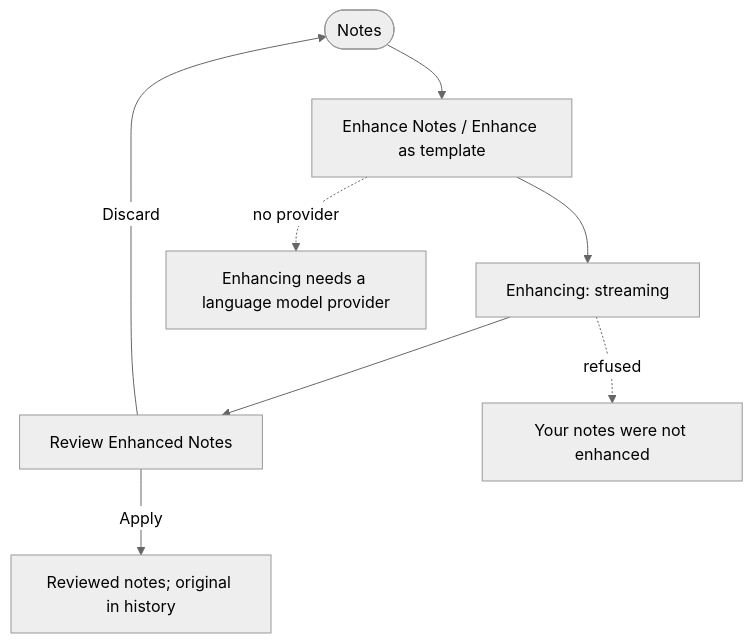
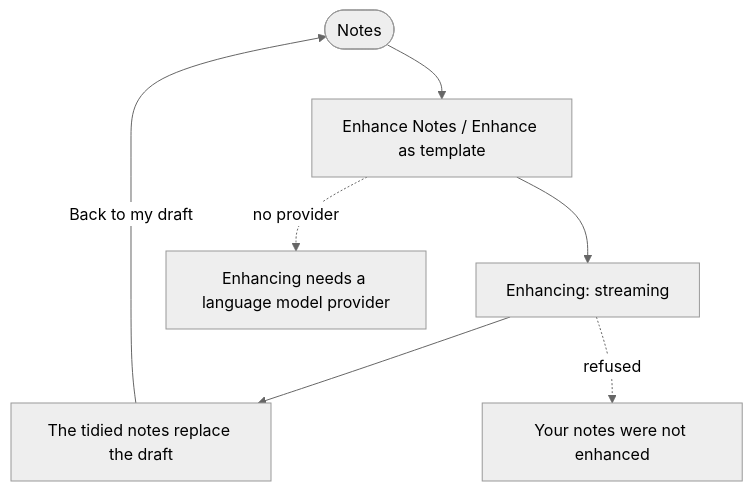
Before and after one commit to Kacper-Lubisz/kacola: diagram 19 of 44 in docs/user-stories.md, drawn with Mermaid (neutral theme). The commit also changed other lines of this file and 45 other files, not shown here.

First line of the commit message:
Day: adopt the daemon's trust fixes — one Send the agenda action, actors' words, restorable item history, AI errors with one action, private meetings stay on this computer, what Ask sent where, moments over titles/notes/transcripts; window title kacola

````diff
--- a/docs/user-stories.md
+++ b/docs/user-stories.md
@@ -518,14 +556,12 @@
 ```mermaid
 flowchart TD
   A([Notes]) --> B[Enhance Notes / Enhance as template]
   B --> C[Enhancing: streaming]
-  C --> D[Review Enhanced Notes]
-  D -->|Apply| E[Reviewed notes; original in history]
-  D -->|Discard| A
+  C --> E[The tidied notes replace the draft]
+  E -->|Back to my draft| A
   C -.refused.-> F[Your notes were not enhanced]
   B -.no provider.-> G[Enhancing needs a language model provider]
   %% shot: C = notes-enhance__enhancing__mid-stream
-  %% shot: D = notes-enhance__review__changes
   %% shot: E = notes-enhance__applied__notes
   %% shot: G = provider-errors__enhance__no-provider
 ```
````
